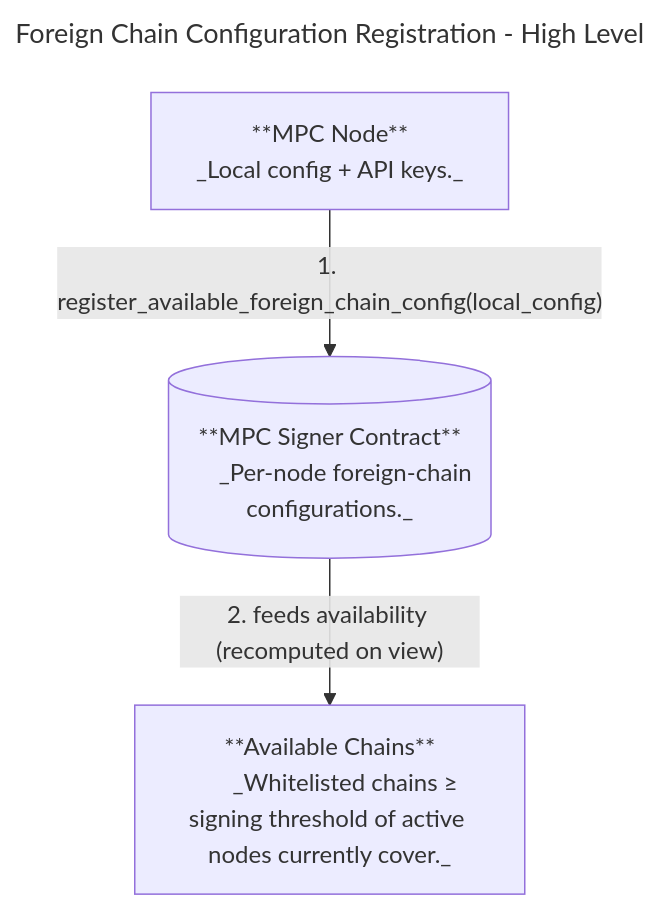
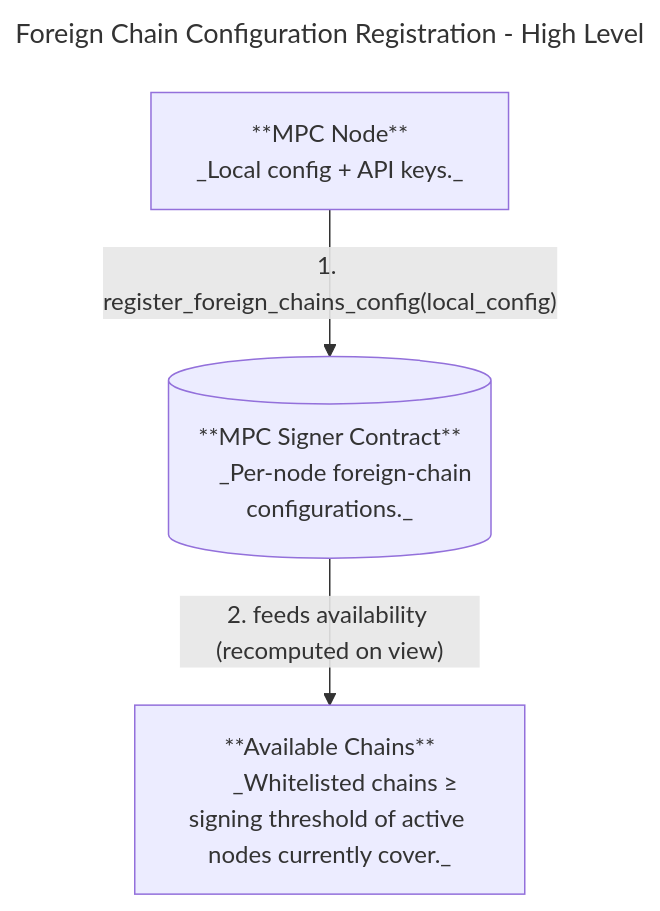
The second of 2 diagrams in docs/foreign-chain-transactions.md (near/mpc), drawn with Mermaid before and after one commit. The commit also changed other lines of this file and 8 other files, not shown here.

First line of the commit message:
feat: wire register_foreign_chains_config into node coordinator and e2e tests

````diff
--- a/docs/foreign-chain-transactions.md
+++ b/docs/foreign-chain-transactions.md
@@ -565,21 +563,21 @@
 ```mermaid
 ---
 title: Foreign Chain Configuration Registration - High Level
 ---
 flowchart TD
     NODE["**MPC Node**
       _Local config + API keys._"]
 
     SC["**MPC Signer Contract**
       _Per-node foreign-chain configurations._"]
 
     AVAILABLE["**Available Chains**
       _Whitelisted chains ≥ signing threshold of active nodes currently cover._"]
 
-    NODE -->|"1. register_available_foreign_chain_config(local_config)"| SC
+    NODE -->|"1. register_foreign_chains_config(local_config)"| SC
     SC -->|"2. feeds availability (recomputed on view)"| AVAILABLE
 
     NODE@{ shape: proc}
     SC@{ shape: db}
     AVAILABLE@{ shape: proc}
 ```
````
